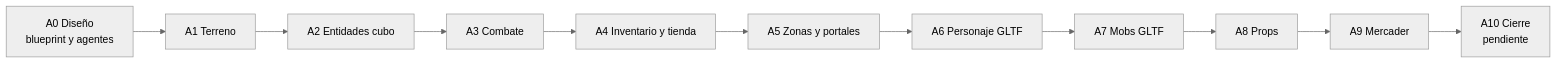
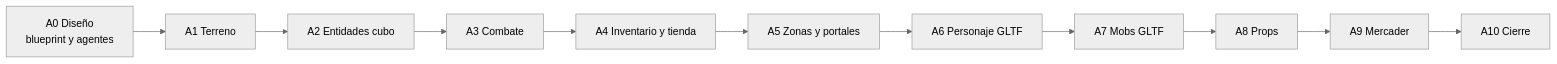
The fourth of 4 diagrams in docs/sdd/parte-4-arquitectura-y-prototipado.md (GastonGuinazu/JuegoMmoIA), drawn with Mermaid (neutral theme) before and after one commit. The commit also changed other lines of this file and 2 other files, not shown here.

````diff
--- a/docs/sdd/parte-4-arquitectura-y-prototipado.md
+++ b/docs/sdd/parte-4-arquitectura-y-prototipado.md
@@ -219,13 +219,13 @@
 ```mermaid
 flowchart LR
     A0[A0 Diseño<br/>blueprint y agentes] --> A1[A1 Terreno]
     A1 --> A2[A2 Entidades cubo]
     A2 --> A3[A3 Combate]
     A3 --> A4[A4 Inventario y tienda]
     A4 --> A5[A5 Zonas y portales]
     A5 --> A6[A6 Personaje GLTF]
     A6 --> A7[A7 Mobs GLTF]
     A7 --> A8[A8 Props]
     A8 --> A9[A9 Mercader]
-    A9 --> A10[A10 Cierre<br/>pendiente]
+    A9 --> A10[A10 Cierre]
 ```
````
